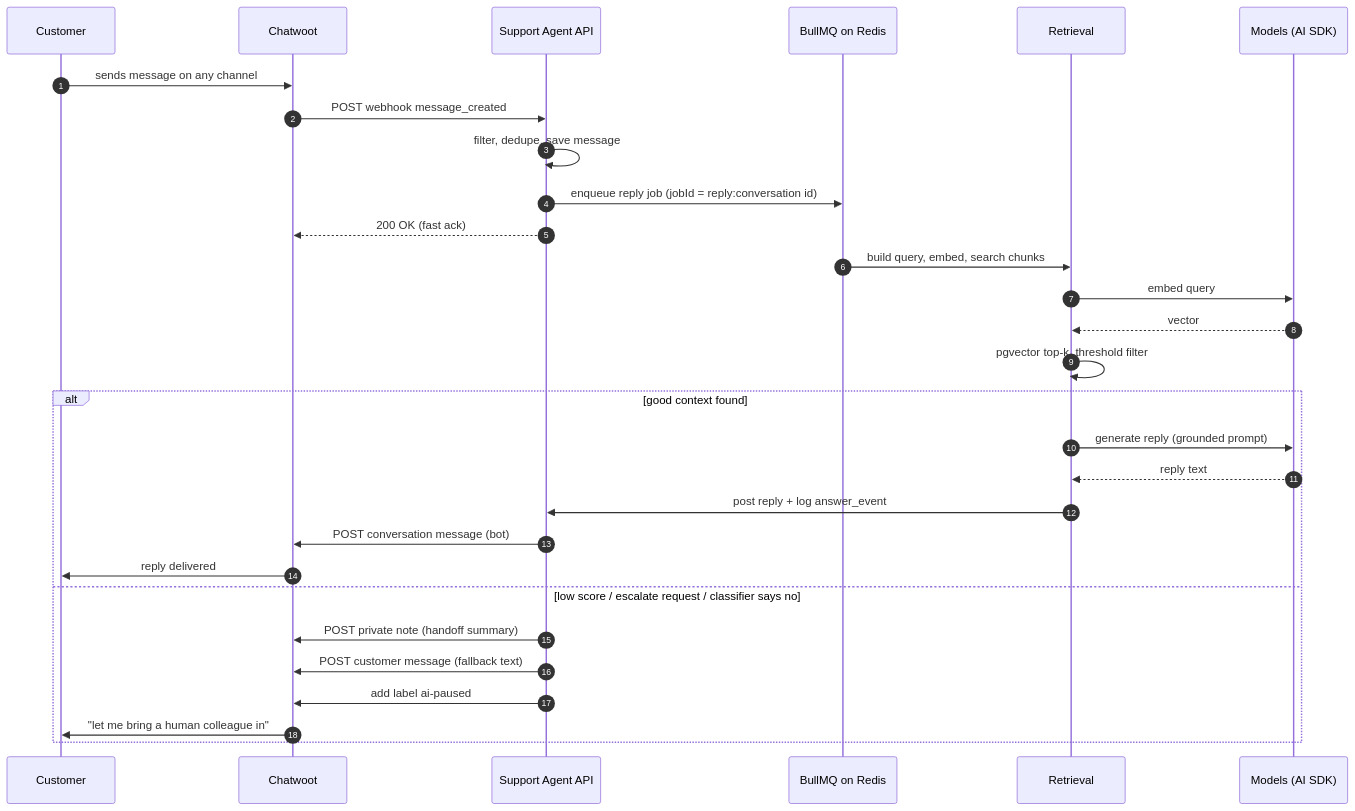
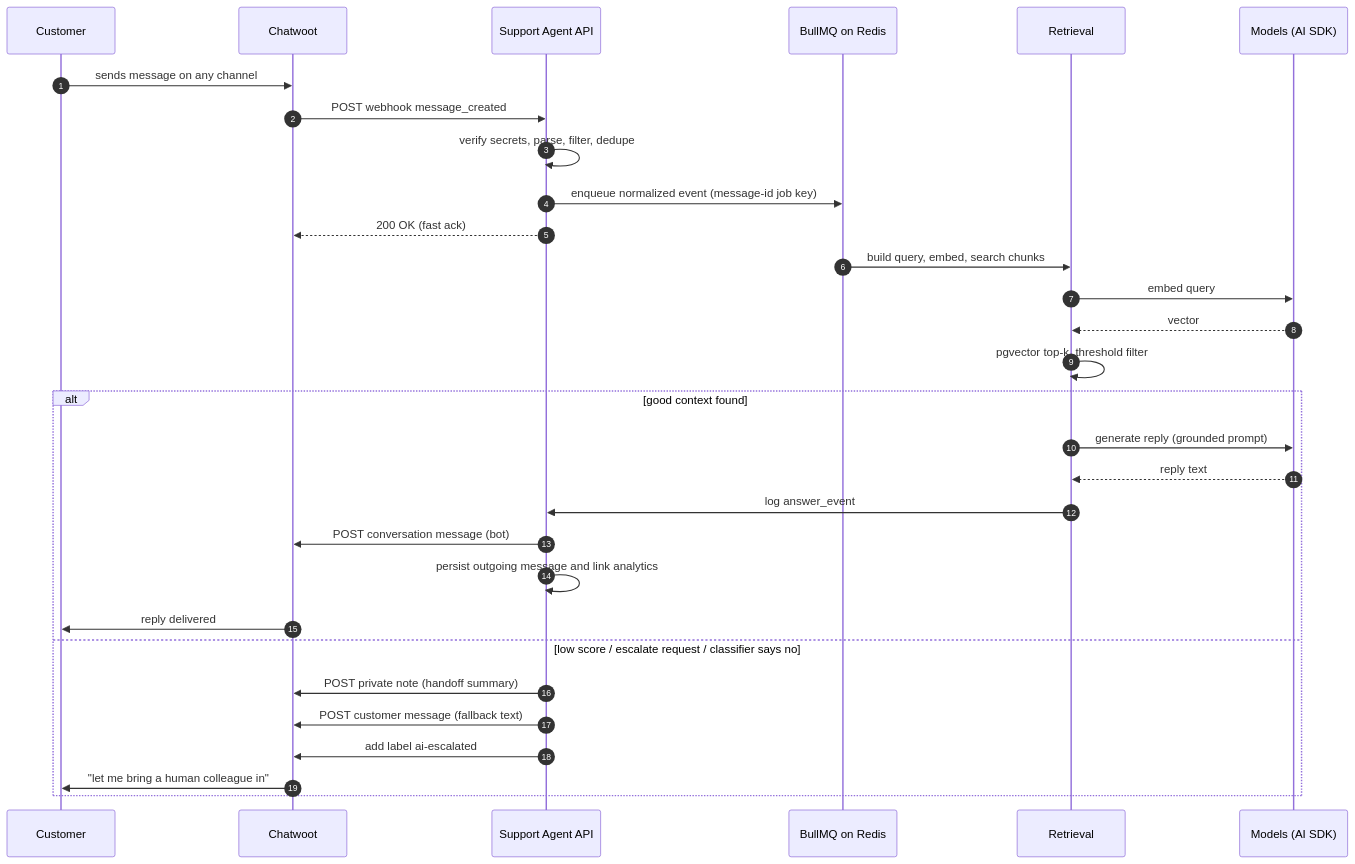
Before and after one commit to ibrahim8ismael/support_chatbot: the diagram in docs/architecture/message-flow.md, drawn with Mermaid. The commit also changed other lines of this file and 56 other files, not shown here.

````diff
--- a/docs/architecture/message-flow.md
+++ b/docs/architecture/message-flow.md
@@ -11,32 +11,33 @@
 ```mermaid
 sequenceDiagram
     autonumber
     participant C as Customer
     participant CW as Chatwoot
     participant API as Support Agent API
     participant Q as BullMQ on Redis
     participant RT as Retrieval
     participant M as Models (AI SDK)
 
     C->>CW: sends message on any channel
     CW->>API: POST webhook message_created
-    API->>API: filter, dedupe, save message
-    API->>Q: enqueue reply job (jobId = reply:conversation id)
+    API->>API: verify secrets, parse, filter, dedupe
+    API->>Q: enqueue normalized event (message-id job key)
     API-->>CW: 200 OK (fast ack)
     Q->>RT: build query, embed, search chunks
     RT->>M: embed query
     M-->>RT: vector
     RT->>RT: pgvector top-k, threshold filter
     alt good context found
         RT->>M: generate reply (grounded prompt)
         M-->>RT: reply text
-        RT->>API: post reply + log answer_event
+        RT->>API: log answer_event
         API->>CW: POST conversation message (bot)
+        API->>API: persist outgoing message and link analytics
         CW->>C: reply delivered
     else low score / escalate request / classifier says no
         API->>CW: POST private note (handoff summary)
         API->>CW: POST customer message (fallback text)
-        API->>CW: add label ai-paused
+        API->>CW: add label ai-escalated
         CW->>C: "let me bring a human colleague in"
     end
 ```
````
